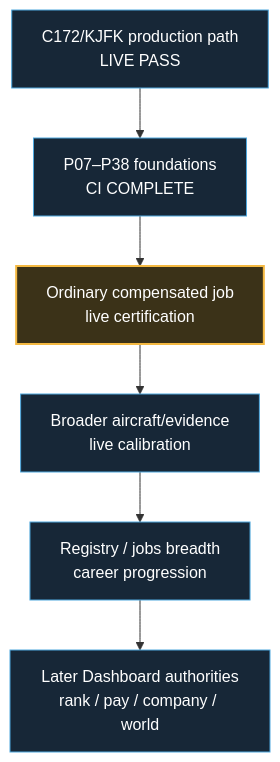
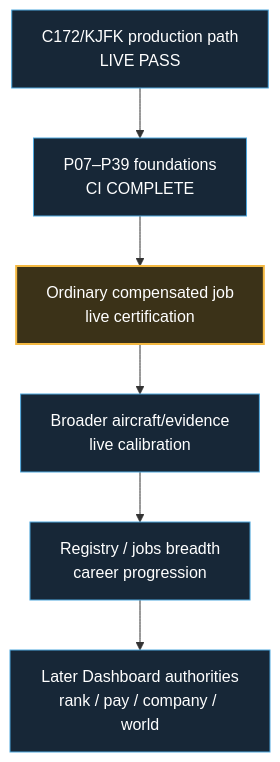
Before and after one commit to dhavalpddn-eng/OpenCareer: the second of 2 diagrams in docs/development-master-checklist.md, drawn with Mermaid. The commit also changed other lines of this file and 2 other files, not shown here.

````diff
--- a/docs/development-master-checklist.md
+++ b/docs/development-master-checklist.md
@@ -54,13 +54,13 @@
 ```mermaid
 flowchart TD
-    A["C172/KJFK production path<br/>LIVE PASS"] --> B["P07–P38 foundations<br/>CI COMPLETE"]
+    A["C172/KJFK production path<br/>LIVE PASS"] --> B["P07–P39 foundations<br/>CI COMPLETE"]
     B --> C["Ordinary compensated job<br/>live certification"]
     C --> D["Broader aircraft/evidence<br/>live calibration"]
     D --> E["Registry / jobs breadth<br/>career progression"]
     E --> F["Later Dashboard authorities<br/>rank / pay / company / world"]
 
     classDef next fill:#3b3218,stroke:#F4B942,color:#fff,stroke-width:2px;
     classDef future fill:#172737,stroke:#4EA8DE,color:#fff,stroke-width:1px;
     class C next;
     class A,B,D,E,F future;
 ```
````
